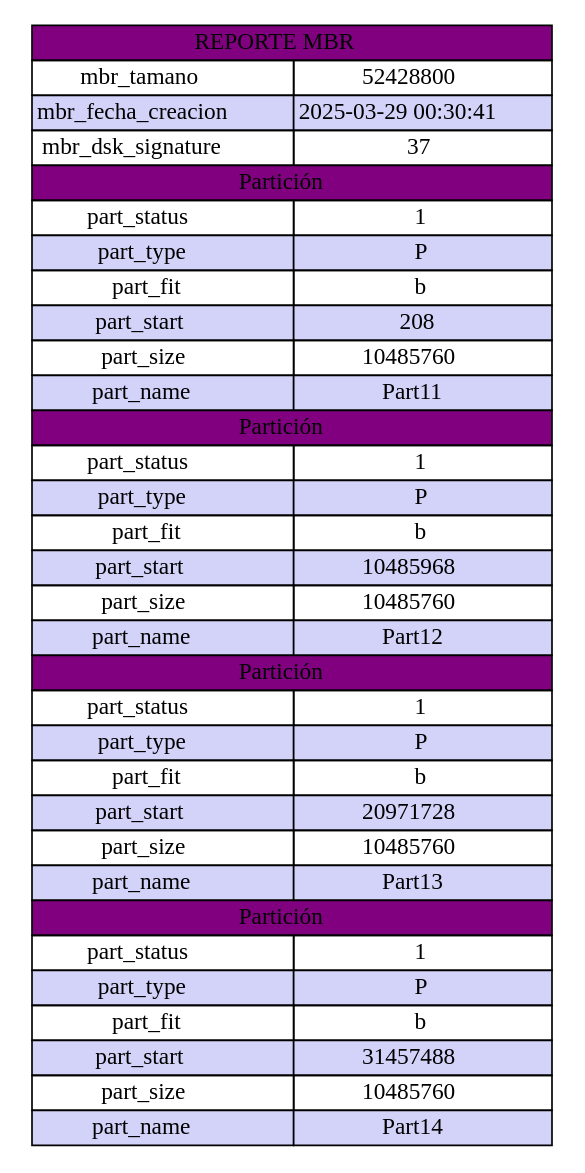
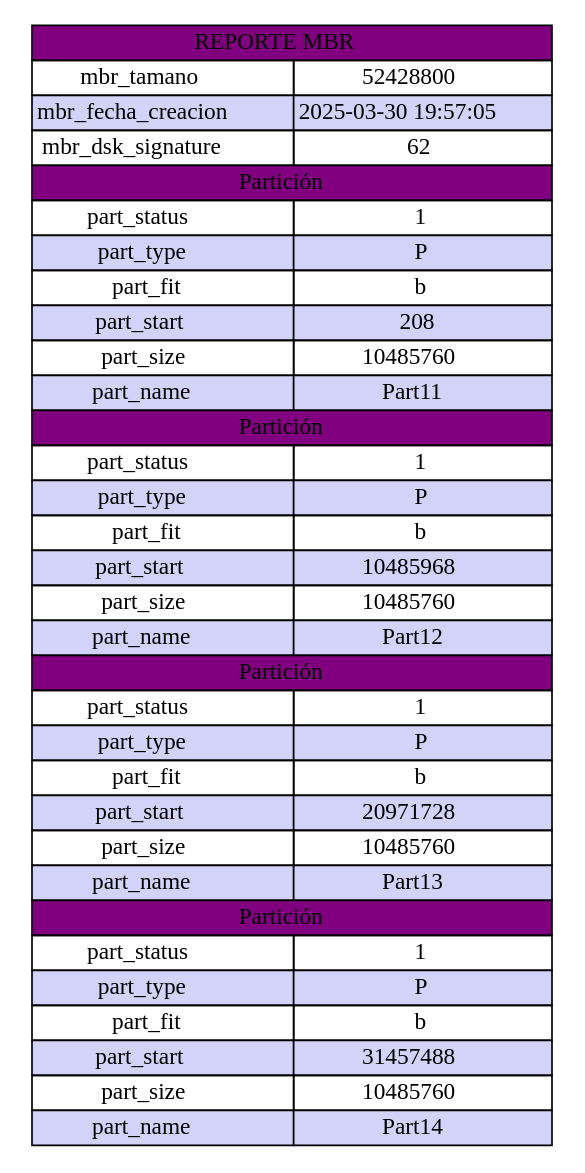
One commit to melgxrga/MIA_1S2025_P1_202302549 changed the diagram in reports/p1_r2_mbr.dot. Above: the diagram before and after it, drawn with Graphviz. The commit also changed 28 other files, not shown here.

```diff
--- a/reports/p1_r2_mbr.dot
+++ b/reports/p1_r2_mbr.dot
@@ -1,39 +1,39 @@
 digraph {
 	node [shape=plaintext]
 	table [label=<
 		<TABLE BORDER="0" CELLBORDER="1" CELLSPACING="0">
 			<TR><TD bgcolor="purple" COLSPAN="2"> REPORTE MBR</TD></TR>
 			<TR><TD> mbr_tamano </TD><TD>52428800</TD></TR>
-			<TR><TD bgcolor="#D3D3FA"> mbr_fecha_creacion </TD><TD bgcolor="#D3D3FA">2025-03-29 00:30:41</TD></TR>
-			<TR><TD> mbr_dsk_signature </TD><TD>37</TD></TR>
+			<TR><TD bgcolor="#D3D3FA"> mbr_fecha_creacion </TD><TD bgcolor="#D3D3FA">2025-03-30 19:57:05</TD></TR>
+			<TR><TD> mbr_dsk_signature </TD><TD>62</TD></TR>
 			<TR><TD bgcolor="purple" COLSPAN="2">Partición</TD></TR>
 			<TR><TD> part_status </TD><TD>1</TD></TR>
 			<TR><TD bgcolor="#D3D3FA"> part_type </TD><TD bgcolor="#D3D3FA">P</TD></TR>
 			<TR><TD> part_fit </TD><TD>b</TD></TR>
 			<TR><TD bgcolor="#D3D3FA"> part_start </TD><TD bgcolor="#D3D3FA">208</TD></TR>
 			<TR><TD> part_size </TD><TD>10485760</TD></TR>
 			<TR><TD bgcolor="#D3D3FA"> part_name </TD><TD bgcolor="#D3D3FA">Part11</TD></TR>
 			<TR><TD bgcolor="purple" COLSPAN="2">Partición</TD></TR>
 			<TR><TD> part_status </TD><TD>1</TD></TR>
 			<TR><TD bgcolor="#D3D3FA"> part_type </TD><TD bgcolor="#D3D3FA">P</TD></TR>
 			<TR><TD> part_fit </TD><TD>b</TD></TR>
 			<TR><TD bgcolor="#D3D3FA"> part_start </TD><TD bgcolor="#D3D3FA">10485968</TD></TR>
 			<TR><TD> part_size </TD><TD>10485760</TD></TR>
 			<TR><TD bgcolor="#D3D3FA"> part_name </TD><TD bgcolor="#D3D3FA">Part12</TD></TR>
 			<TR><TD bgcolor="purple" COLSPAN="2">Partición</TD></TR>
 			<TR><TD> part_status </TD><TD>1</TD></TR>
 			<TR><TD bgcolor="#D3D3FA"> part_type </TD><TD bgcolor="#D3D3FA">P</TD></TR>
 			<TR><TD> part_fit </TD><TD>b</TD></TR>
 			<TR><TD bgcolor="#D3D3FA"> part_start </TD><TD bgcolor="#D3D3FA">20971728</TD></TR>
 			<TR><TD> part_size </TD><TD>10485760</TD></TR>
 			<TR><TD bgcolor="#D3D3FA"> part_name </TD><TD bgcolor="#D3D3FA">Part13</TD></TR>
 			<TR><TD bgcolor="purple" COLSPAN="2">Partición</TD></TR>
 			<TR><TD> part_status </TD><TD>1</TD></TR>
 			<TR><TD bgcolor="#D3D3FA"> part_type </TD><TD bgcolor="#D3D3FA">P</TD></TR>
 			<TR><TD> part_fit </TD><TD>b</TD></TR>
 			<TR><TD bgcolor="#D3D3FA"> part_start </TD><TD bgcolor="#D3D3FA">31457488</TD></TR>
 			<TR><TD> part_size </TD><TD>10485760</TD></TR>
 			<TR><TD bgcolor="#D3D3FA"> part_name </TD><TD bgcolor="#D3D3FA">Part14</TD></TR>
 		</TABLE>
 	>]
 }
```
